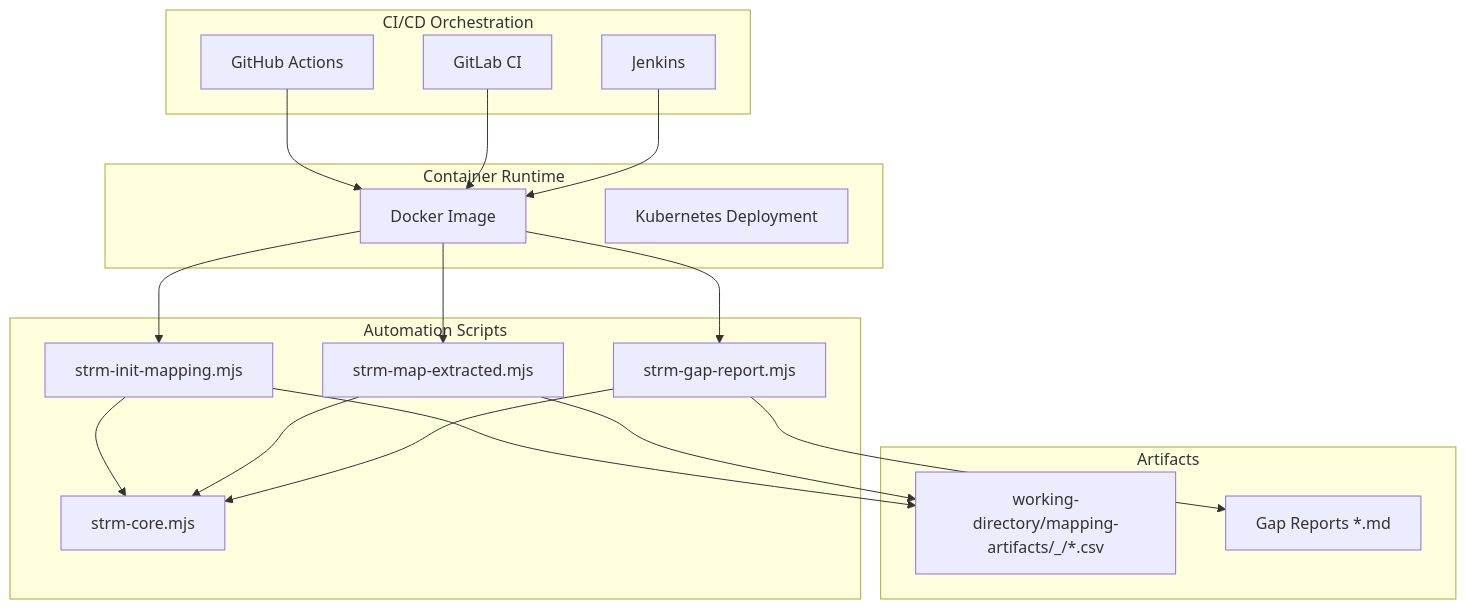
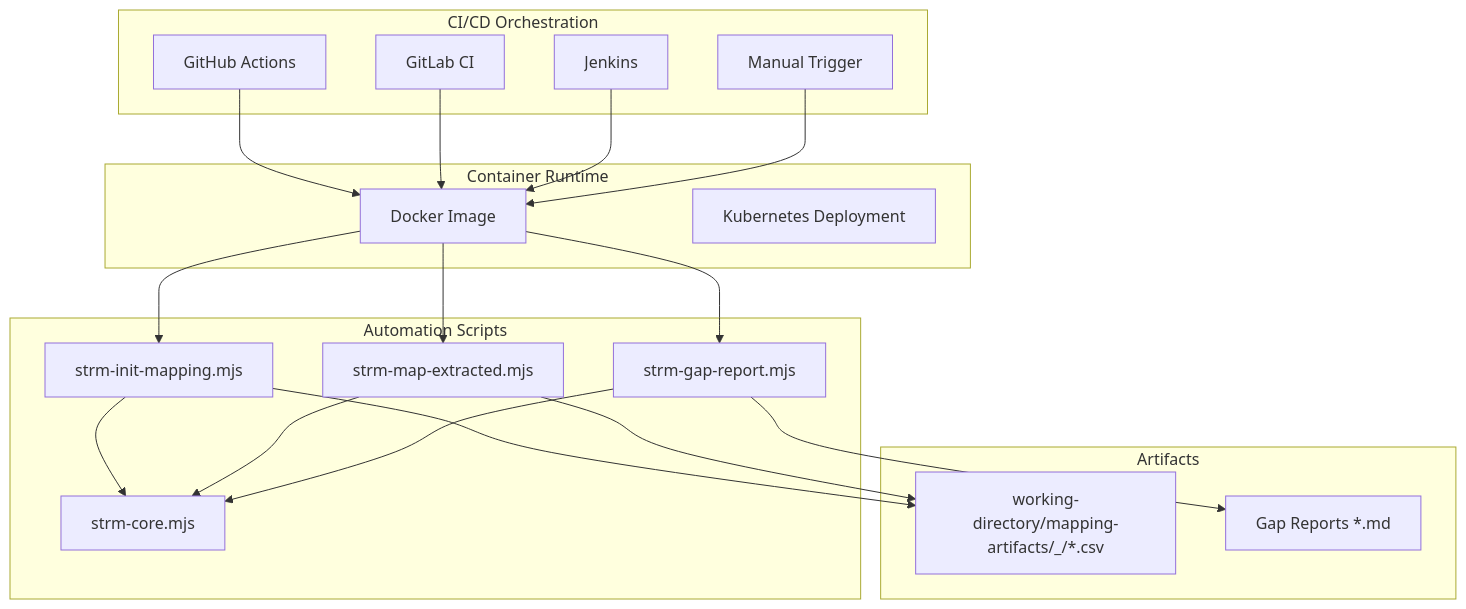
Before and after one commit to austinsonger/GRC-Mapping-Analyst: the second of 8 diagrams in .qoder/repowiki/en/content/CLI Script Reference and Automation/Automation Integration and CI_CD.md, drawn with Mermaid. The commit also changed other lines of this file and 2 other files, not shown here.

First line of the commit message:
ci(release): add manual trigger support and tag management to GitHub Actions workflow

````diff
--- a/.qoder/repowiki/en/content/CLI Script Reference and Automation/Automation Integration and CI_CD.md
+++ b/.qoder/repowiki/en/content/CLI Script Reference and Automation/Automation Integration and CI_CD.md
@@ -131,34 +139,36 @@
 ```mermaid
 graph TB
 subgraph "CI/CD Orchestration"
 gh["GitHub Actions"]
 gl["GitLab CI"]
 jenkins["Jenkins"]
+manual["Manual Trigger"]
 end
 subgraph "Container Runtime"
 docker["Docker Image"]
 k8s["Kubernetes Deployment"]
 end
 subgraph "Automation Scripts"
 init["strm-init-mapping.mjs"]
 map["strm-map-extracted.mjs"]
 gap["strm-gap-report.mjs"]
 core["strm-core.mjs"]
 end
 subgraph "Artifacts"
 wd["working-directory/mapping-artifacts/<date>_<pair>/*.csv"]
 reports["Gap Reports *.md"]
 end
 gh --> docker
 gl --> docker
 jenkins --> docker
+manual --> docker
 docker --> init
 docker --> map
 docker --> gap
 init --> core
 map --> core
 gap --> core
 init --> wd
 map --> wd
 gap --> reports
 ```
````
